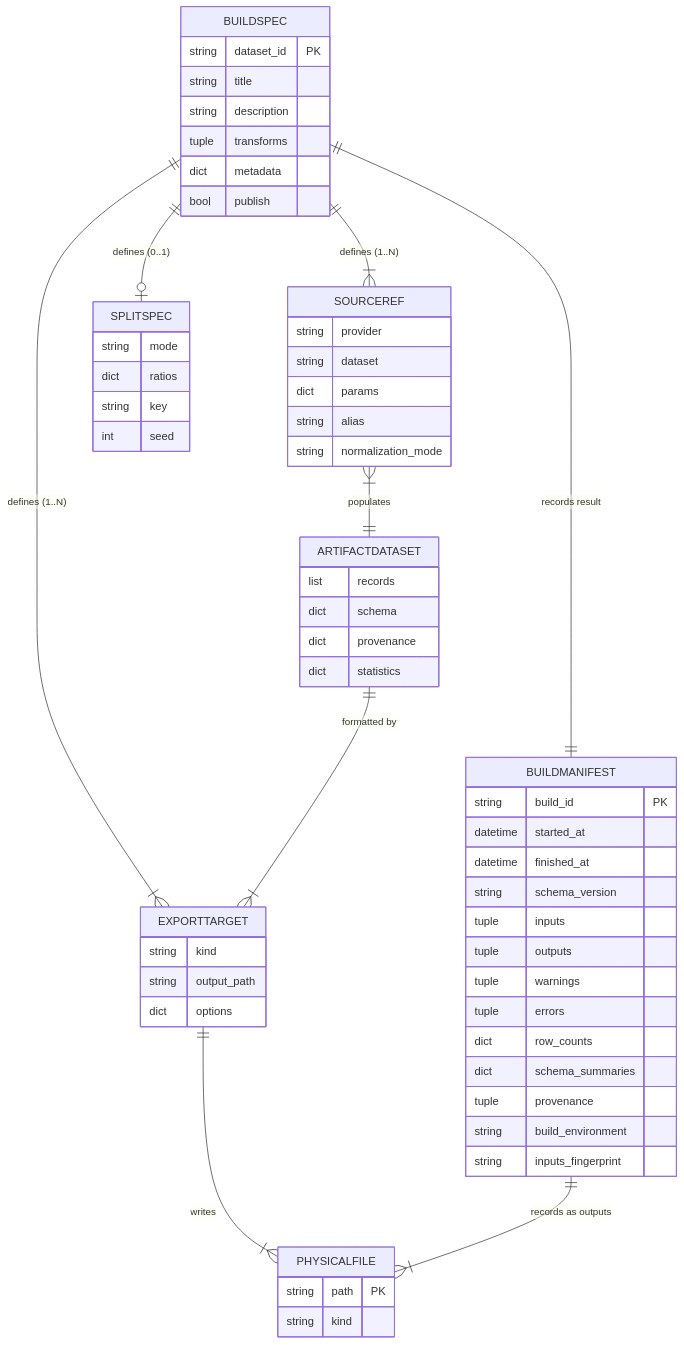
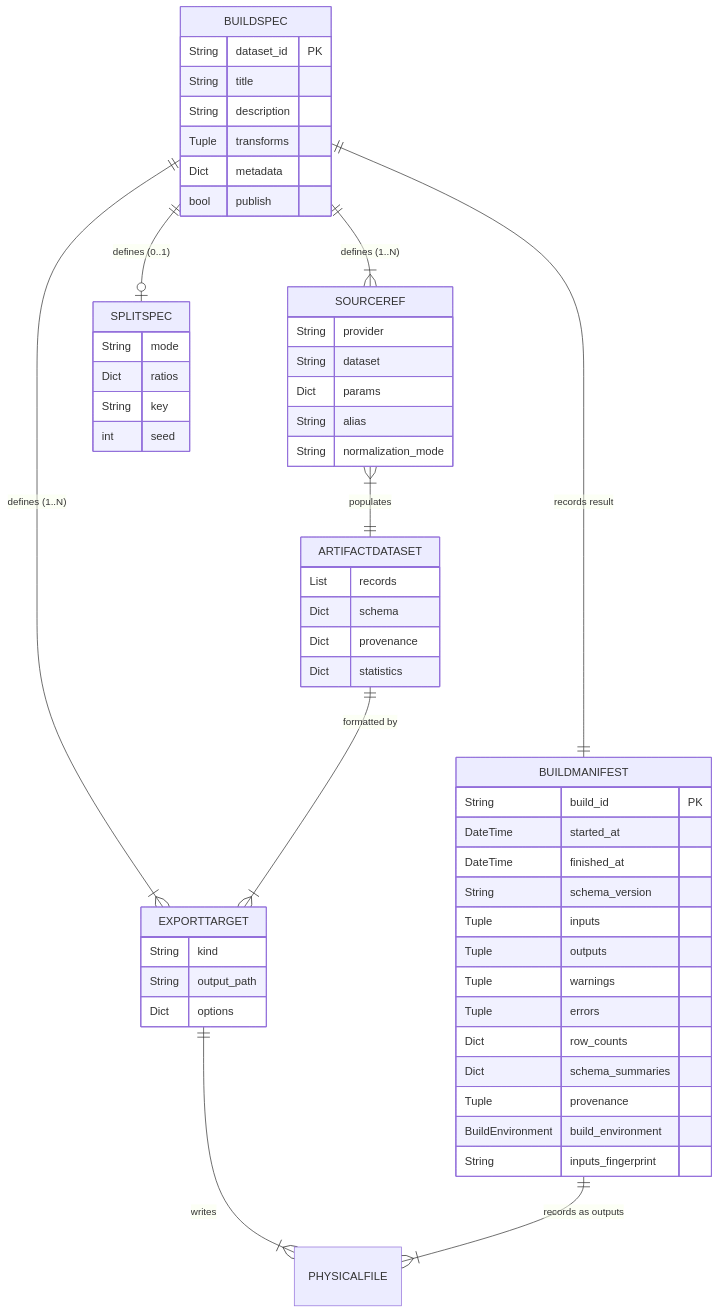
Before and after one commit to yeongseon/kpubdata-builder: the fourth of 4 diagrams in DOMAIN_MODEL.md, drawn with Mermaid. The commit also changed other lines of this file, not shown here.

Commit message:
Align erDiagram attribute types with classDiagram
Address PR review: make the erDiagram entity attribute type notation
consistent with the authoritative classDiagram at the top of DOMAIN_MODEL.md
(String/Dict/Tuple/List/DateTime casing), and fix build_environment which was
incorrectly typed as string instead of BuildEnvironment (conflicting with the
field description and the classDiagram).

Also add a note clarifying that BuildSpec's sources/exports/splits are shown
as relationship edges rather than value attributes.

````diff
--- a/DOMAIN_MODEL.md
+++ b/DOMAIN_MODEL.md
@@ -168,63 +168,59 @@
 ```mermaid
 erDiagram
     BUILDSPEC ||--|{ SOURCEREF : "defines (1..N)"
     BUILDSPEC ||--|{ EXPORTTARGET : "defines (1..N)"
     BUILDSPEC ||--o| SPLITSPEC : "defines (0..1)"
     BUILDSPEC ||--|| BUILDMANIFEST : "records result"
     SOURCEREF }|--|| ARTIFACTDATASET : "populates"
     ARTIFACTDATASET ||--|{ EXPORTTARGET : "formatted by"
     EXPORTTARGET ||--|{ PHYSICALFILE : "writes"
     BUILDMANIFEST ||--|{ PHYSICALFILE : "records as outputs"
 
     BUILDSPEC {
-        string dataset_id PK
-        string title
-        string description
-        tuple transforms
-        dict metadata
+        String dataset_id PK
+        String title
+        String description
+        Tuple transforms
+        Dict metadata
         bool publish
     }
     SOURCEREF {
-        string provider
-        string dataset
-        dict params
-        string alias
-        string normalization_mode
+        String provider
+        String dataset
+        Dict params
+        String alias
+        String normalization_mode
     }
     SPLITSPEC {
-        string mode
-        dict ratios
-        string key
+        String mode
+        Dict ratios
+        String key
         int seed
     }
     ARTIFACTDATASET {
-        list records
-        dict schema
-        dict provenance
-        dict statistics
+        List records
+        Dict schema
+        Dict provenance
+        Dict statistics
     }
     EXPORTTARGET {
-        string kind
-        string output_path
-        dict options
+        String kind
+        String output_path
+        Dict options
     }
     BUILDMANIFEST {
-        string build_id PK
-        datetime started_at
-        datetime finished_at
-        string schema_version
-        tuple inputs
-        tuple outputs
-        tuple warnings
-        tuple errors
-        dict row_counts
-        dict schema_summaries
-        tuple provenance
-        string build_environment
-        string inputs_fingerprint
-    }
-    PHYSICALFILE {
-        string path PK
-        string kind
+        String build_id PK
+        DateTime started_at
+        DateTime finished_at
+        String schema_version
+        Tuple inputs
+        Tuple outputs
+        Tuple warnings
+        Tuple errors
+        Dict row_counts
+        Dict schema_summaries
+        Tuple provenance
+        BuildEnvironment build_environment
+        String inputs_fingerprint
     }
 ```
````
